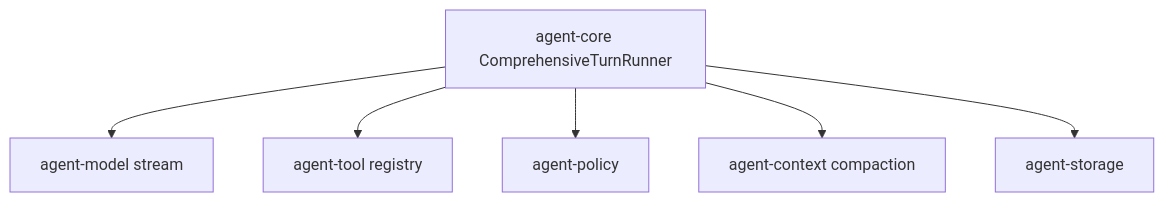
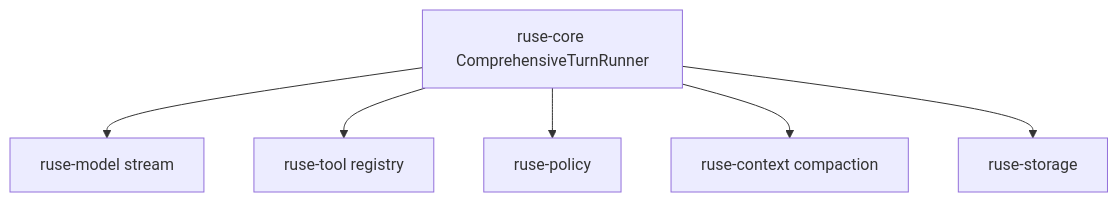
Before and after one commit to poneding/agent: the diagram in docs/specs/M18-agent-tool-loop-runtime.spec.md, drawn with Mermaid. The commit also changed other lines of this file and 2091 other files, not shown here.

First line of the commit message:
refactor: rename agent branding to ruse

````diff
--- a/docs/specs/M18-agent-tool-loop-runtime.spec.md
+++ b/docs/specs/M18-agent-tool-loop-runtime.spec.md
@@ -33,8 +33,8 @@
 ```mermaid
 flowchart TD
-  Runner["agent-core ComprehensiveTurnRunner"] --> Model["agent-model stream"]
-  Runner --> Tools["agent-tool registry"]
-  Runner --> Policy["agent-policy"]
-  Runner --> Context["agent-context compaction"]
-  Runner --> Storage["agent-storage"]
+  Runner["ruse-core ComprehensiveTurnRunner"] --> Model["ruse-model stream"]
+  Runner --> Tools["ruse-tool registry"]
+  Runner --> Policy["ruse-policy"]
+  Runner --> Context["ruse-context compaction"]
+  Runner --> Storage["ruse-storage"]
 ```
````
